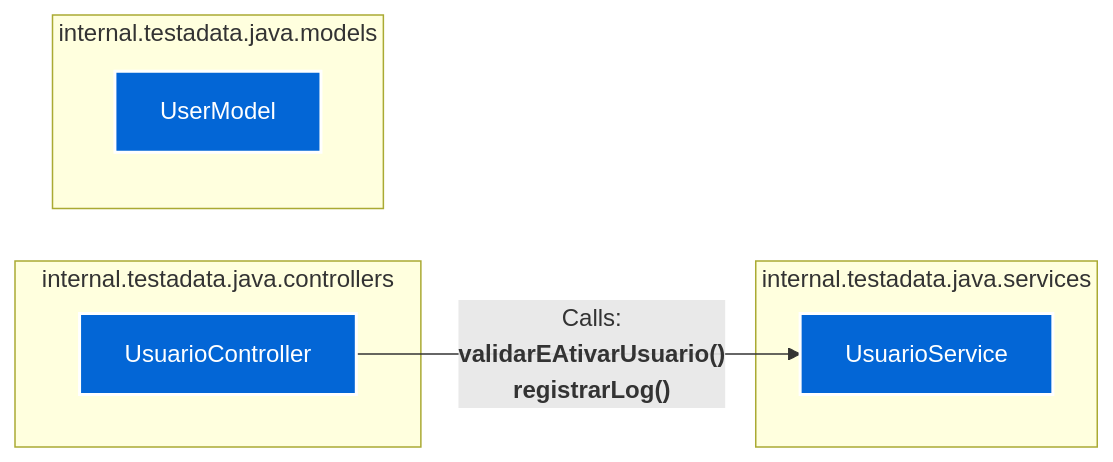
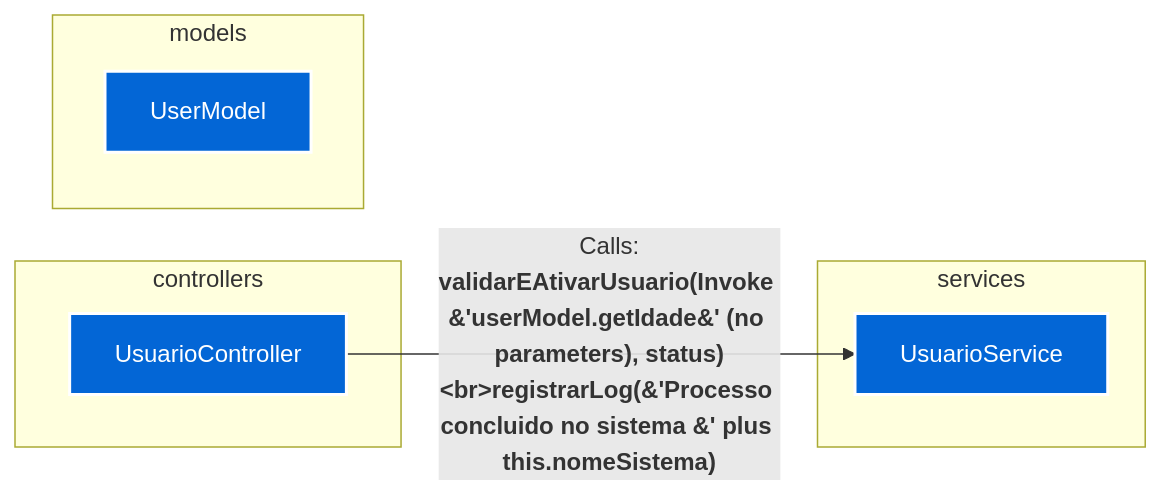
One commit to FelipeMCassiano/geanky changed the diagram in docs/00_Architecture_Overview.md. Above: the diagram before and after it, drawn with Mermaid. The commit also changed 4 other files, not shown here.

````diff
--- a/docs/00_Architecture_Overview.md
+++ b/docs/00_Architecture_Overview.md
@@ -6,64 +6,64 @@
 ```mermaid
 flowchart LR
     %% Styling
     classDef classNode fill:#0366d6,stroke:#fff,stroke-width:2px,color:#fff;
     
     %% Nodes Creation Grouped by Package
     
-    subgraph internal.testadata.java.controllers
+    subgraph controllers
         
         UsuarioController["UsuarioController"]:::classNode
         
     end
     
-    subgraph internal.testadata.java.models
+    subgraph models
         
         UserModel["UserModel"]:::classNode
         
     end
     
-    subgraph internal.testadata.java.services
+    subgraph services
         
         UsuarioService["UsuarioService"]:::classNode
         
     end
     
 
     %% Relationships / Dependencies
     
     
     
     
     
     
     
     
         
         
         
         
-            UsuarioController -->|"Calls:<br><b>validarEAtivarUsuario()<br>registrarLog()</b>"| UsuarioService
+            UsuarioController -->|"Calls:<br><b>validarEAtivarUsuario(Invoke &#39;userModel.getIdade&#39; (no parameters), status)&lt;br&gt;registrarLog(&#39;Processo concluido no sistema &#39; plus this.nomeSistema)</b>"| UsuarioService
         
 
     
     
     
     
     
     
     
     
     
     
     
     
     
     
     
     
     
     
     
     
     
 ```
````
